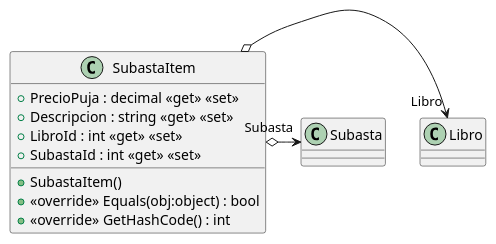
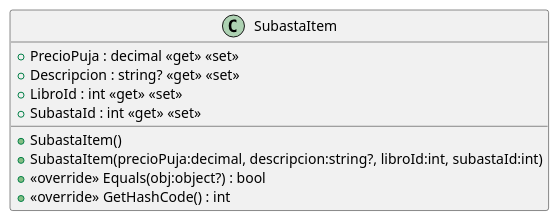
Before and after one commit to ISII2627NPA/ISII2627NPA: the diagram in src/AppForSEII.API/ClassDiagram/SubastaItem.puml, drawn with PlantUML. The commit also changed 2 other files, not shown here.

Commit message:
actualizar validaciones de SubastaItem y convención plural en DbContext

```diff
--- a/src/AppForSEII.API/ClassDiagram/SubastaItem.puml
+++ b/src/AppForSEII.API/ClassDiagram/SubastaItem.puml
@@ -1,13 +1,12 @@
 @startuml
 class SubastaItem {
     + PrecioPuja : decimal <<get>> <<set>>
-    + Descripcion : string <<get>> <<set>>
+    + Descripcion : string? <<get>> <<set>>
     + LibroId : int <<get>> <<set>>
     + SubastaId : int <<get>> <<set>>
     + SubastaItem()
-    + <<override>> Equals(obj:object) : bool
+    + SubastaItem(precioPuja:decimal, descripcion:string?, libroId:int, subastaId:int)
+    + <<override>> Equals(obj:object?) : bool
     + <<override>> GetHashCode() : int
 }
-SubastaItem o-> "Libro" Libro
-SubastaItem o-> "Subasta" Subasta
 @enduml
```
